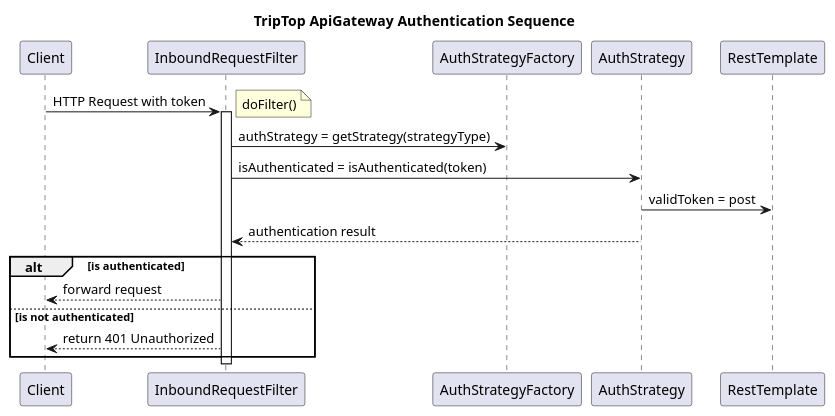
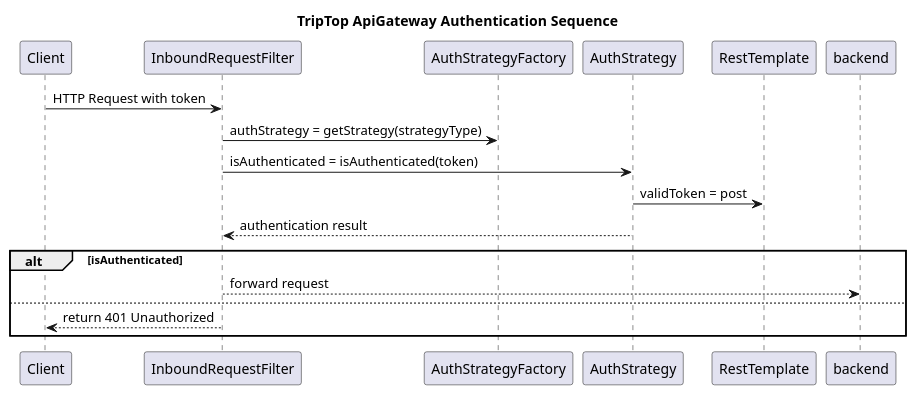
One commit to AIM-ENE-feb25/triptop-groep-1-met-third-wheel changed the diagram in individueel/diagram/sequence/Simon-TripTopSequenceDiagram.puml. Above: the diagram before and after it, drawn with PlantUML. The commit also changed 4 other files, not shown here.

```diff
--- a/individueel/diagram/sequence/Simon-TripTopSequenceDiagram.puml
+++ b/individueel/diagram/sequence/Simon-TripTopSequenceDiagram.puml
@@ -1,31 +1,28 @@
 @startuml
 title TripTop ApiGateway Authentication Sequence
 
 participant "Client" as client
 participant "InboundRequestFilter" as filter
 participant "AuthStrategyFactory" as factory
 participant "AuthStrategy" as strategy
 participant "RestTemplate" as rest
 
 client -> filter: HTTP Request with token
-activate filter
-note right: doFilter()
 
 filter -> factory: authStrategy = getStrategy(strategyType)
 
 filter -> strategy: isAuthenticated = isAuthenticated(token)
 
 strategy -> rest: validToken = post
 
 strategy --> filter: authentication result
-deactivate strategy
 
-alt is authenticated
-    filter --> client: forward request
-else is not authenticated
+alt isAuthenticated
+    filter --> backend: forward request
+else
     filter --> client: return 401 Unauthorized
 end
 
 deactivate filter
 
 @enduml
```
